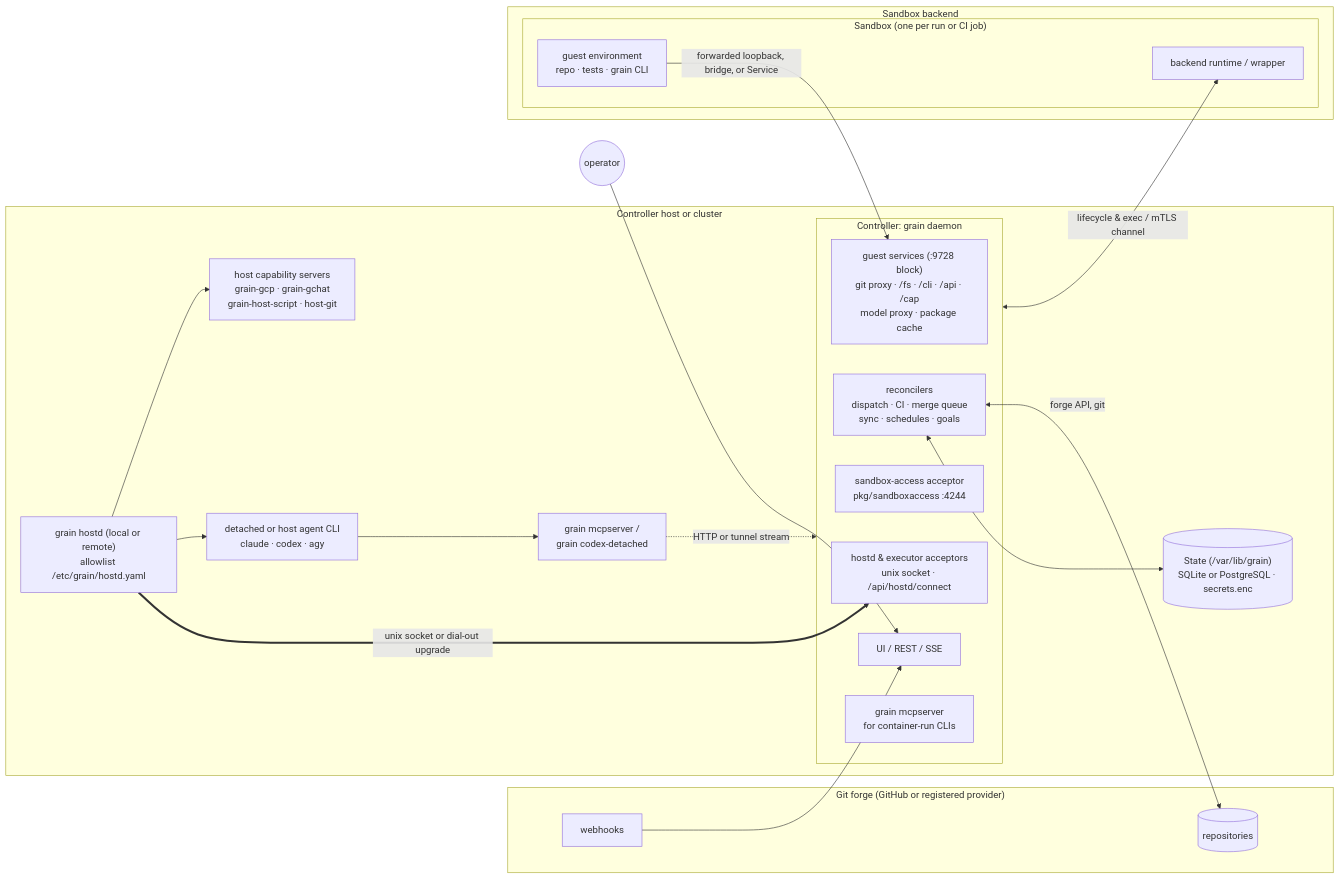
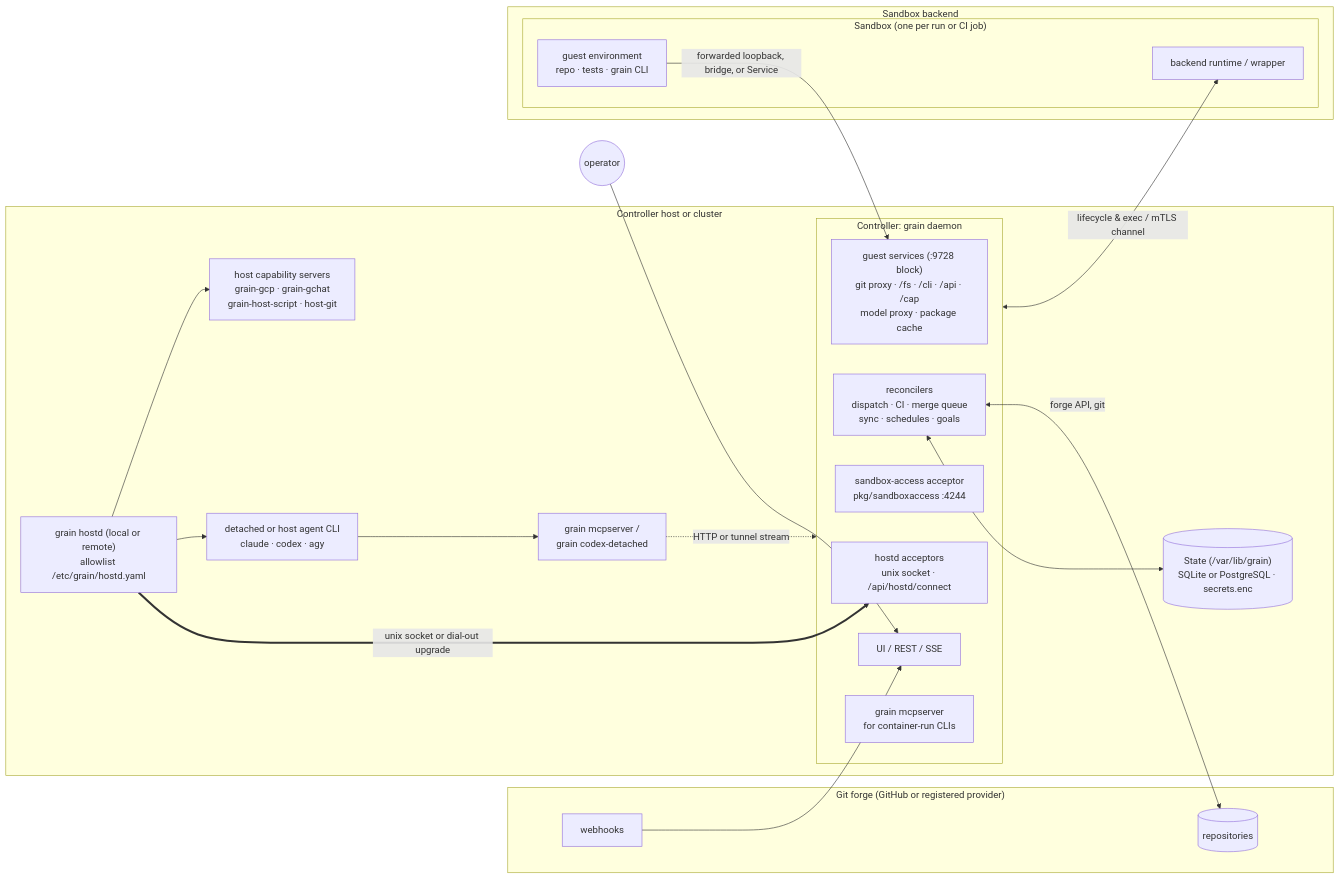
One commit to ai-on-gke/grain changed the first of 3 diagrams in design/design/architecture.design.md. Above: the diagram before and after it, drawn with Mermaid. The commit also changed other lines of this file and 8 other files, not shown here.

````diff
--- a/design/design/architecture.design.md
+++ b/design/design/architecture.design.md
@@ -27,39 +27,39 @@
 ```mermaid
 flowchart LR
   subgraph forge["Git forge (GitHub or registered provider)"]
     repos[(repositories)]
     hooks[webhooks]
   end
   subgraph host["Controller host or cluster"]
     store[("State (/var/lib/grain)<br/>SQLite or PostgreSQL · secrets.enc")]
     subgraph ctl["Controller: grain daemon"]
       rec["reconcilers<br/>dispatch · CI · merge queue<br/>sync · schedules · goals"]
       api[UI / REST / SSE]
       acc["sandbox-access acceptor<br/>pkg/sandboxaccess :4244"]
       gsvc["guest services (:9728 block)<br/>git proxy · /fs · /cli · /api · /cap<br/>model proxy · package cache"]
-      hacc["hostd & executor acceptors<br/>unix socket · /api/hostd/connect"]
+      hacc["hostd acceptors<br/>unix socket · /api/hostd/connect"]
       mcpc["grain mcpserver<br/>for container-run CLIs"]
     end
     hostd["grain hostd (local or remote)<br/>allowlist /etc/grain/hostd.yaml"]
     cli["detached or host agent CLI<br/>claude · codex · agy"]
     hmcp["grain mcpserver /<br/>grain codex-detached"]
     caps["host capability servers<br/>grain-gcp · grain-gchat<br/>grain-host-script · host-git"]
   end
   subgraph pool["Sandbox backend"]
     subgraph sb["Sandbox (one per run or CI job)"]
       wrap["backend runtime / wrapper"]
       guest["guest environment<br/>repo · tests · grain CLI"]
     end
   end
   browser((operator)) --> api
   hooks --> api
   rec <--> store
   rec <-->|forge API, git| repos
   ctl <-->|lifecycle & exec / mTLS channel| wrap
   guest -->|forwarded loopback, bridge, or Service| gsvc
   hostd ==>|unix socket or dial-out upgrade| hacc
   hostd --> cli
   cli --> hmcp
   hostd --> caps
   hmcp -. HTTP or tunnel stream .-> ctl
 ```
````
